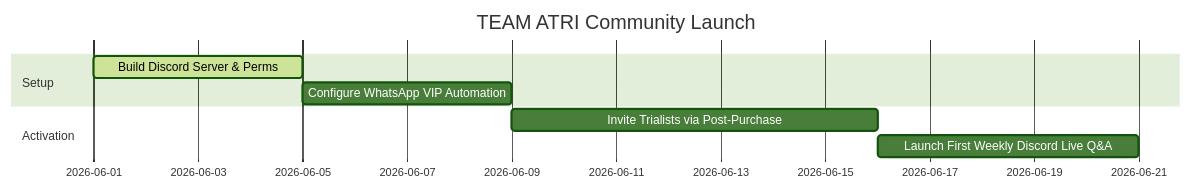
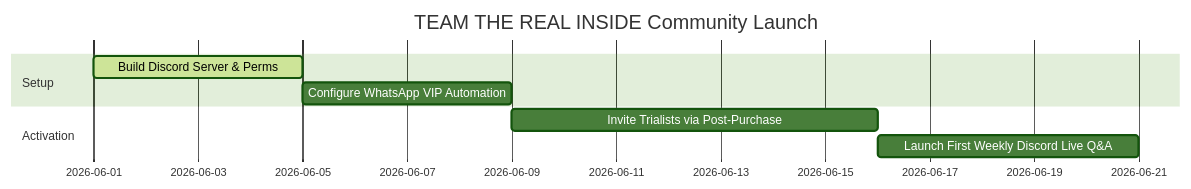
One commit to RDrydham/protein-brand-tri changed the diagram in 10_Community_Playbook.md. Above: the diagram before and after it, drawn with Mermaid (forest theme). The commit also changed other lines of this file and 57 other files, not shown here.

````diff
--- a/10_Community_Playbook.md
+++ b/10_Community_Playbook.md
@@ -61,11 +61,11 @@
 ```mermaid
 gantt
-    title TEAM ATRI Community Launch
+    title TEAM THE REAL INSIDE Community Launch
     dateFormat  YYYY-MM-DD
     section Setup
     Build Discord Server & Perms     :active, 2026-06-01, 4d
     Configure WhatsApp VIP Automation   : 2026-06-05, 4d
     section Activation
     Invite Trialists via Post-Purchase  : 2026-06-09, 7d
     Launch First Weekly Discord Live Q&A : 2026-06-16, 5d
 ```
````
